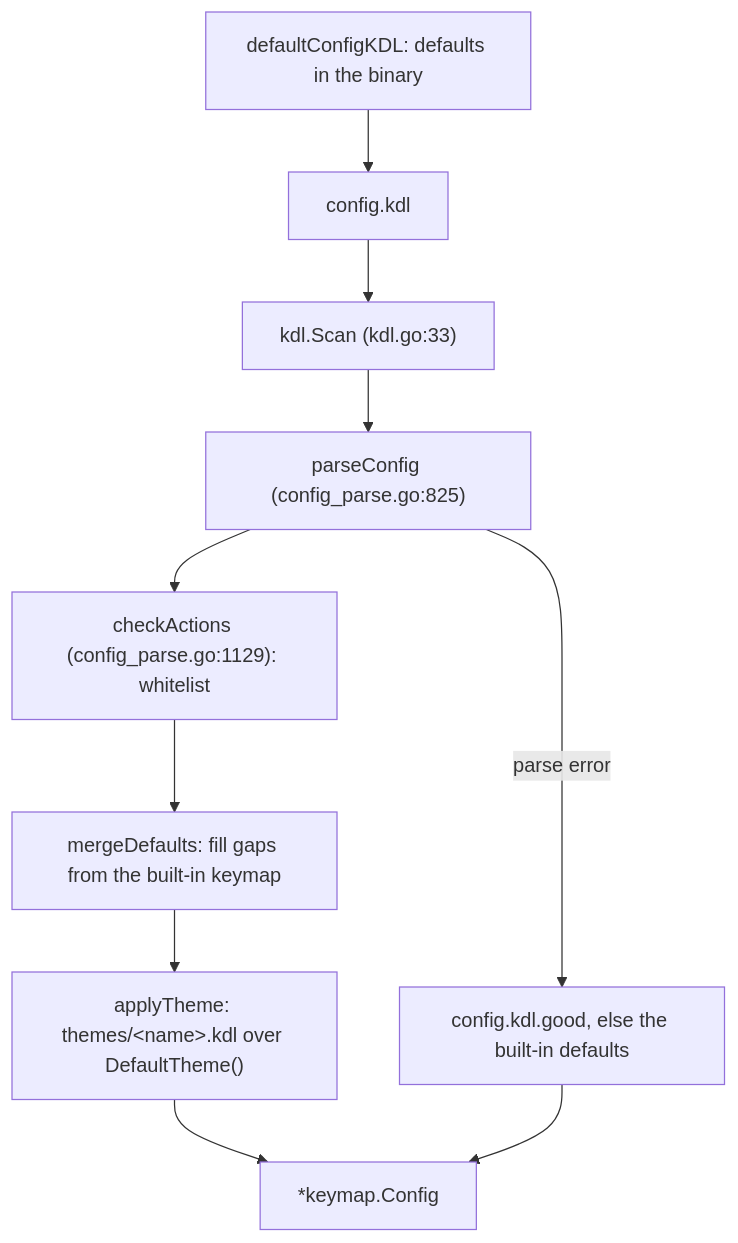
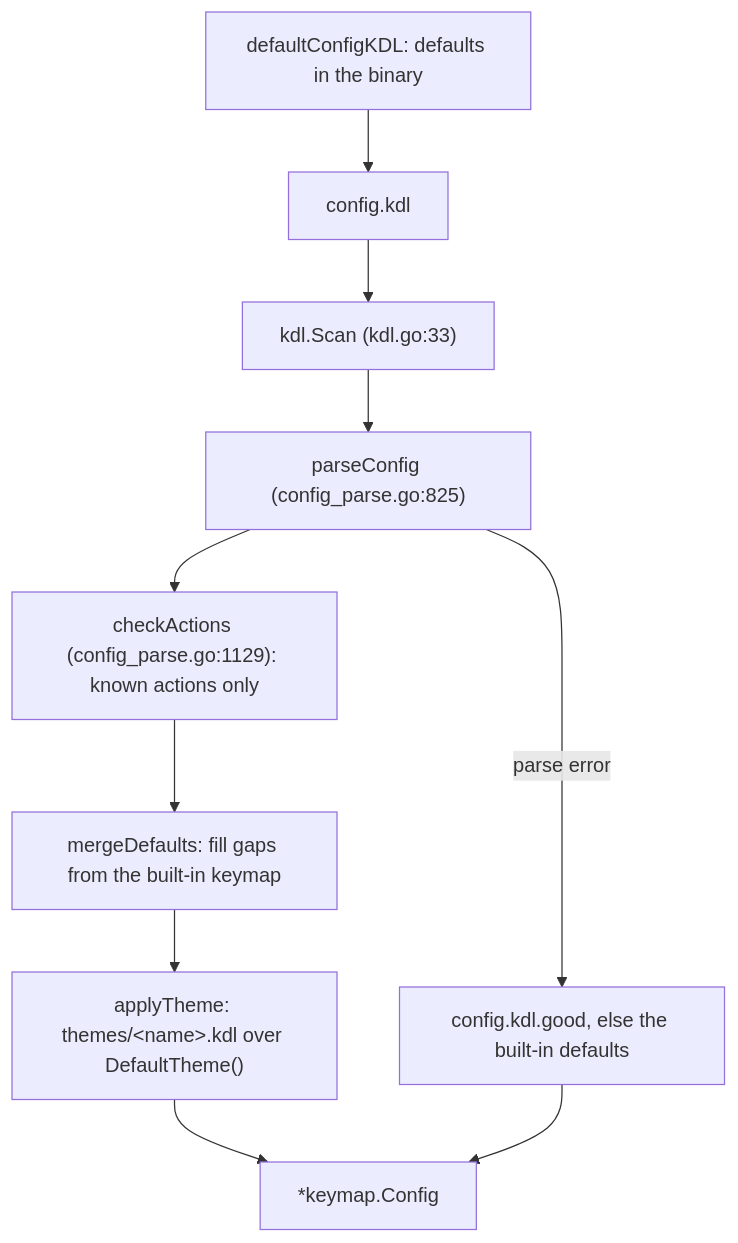
Before and after one commit to ladydascalie/dm: the second of 2 diagrams in docs/internals/10-config.md, drawn with Mermaid. The commit also changed other lines of this file and 13 other files, not shown here.

````diff
--- a/docs/internals/10-config.md
+++ b/docs/internals/10-config.md
@@ -86,12 +108,12 @@
 ```mermaid
 flowchart TD
   A["defaultConfigKDL: defaults in the binary"] --> B["config.kdl"]
   B --> C["kdl.Scan (kdl.go:33)"]
   C --> D["parseConfig (config_parse.go:825)"]
-  D --> E["checkActions (config_parse.go:1129): whitelist"]
+  D --> E["checkActions (config_parse.go:1129): known actions only"]
   E --> F["mergeDefaults: fill gaps from the built-in keymap"]
   F --> G["applyTheme: themes/&lt;name&gt;.kdl over DefaultTheme()"]
   G --> H["*keymap.Config"]
   D -->|"parse error"| I["config.kdl.good, else the built-in defaults"]
   I --> H
 ```
````
